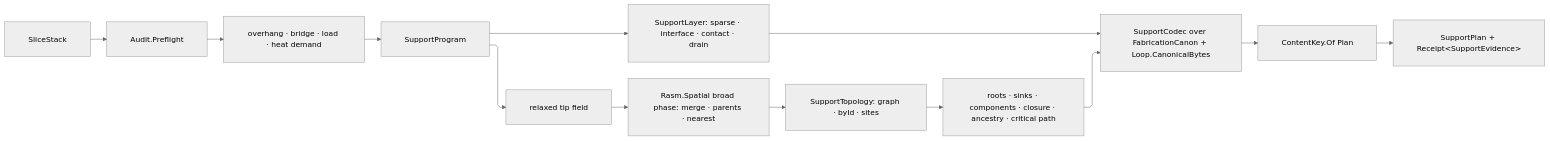
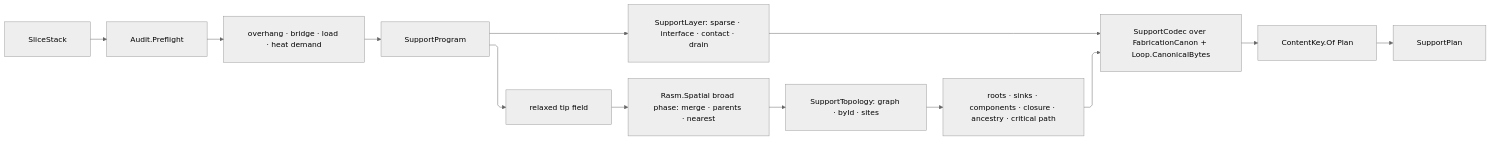
The diagram in libs/dotnet/Rasm.Fabrication/.planning/Additive/support.md (bsamiee/Rasm), drawn with Mermaid (neutral theme) before and after one commit. The commit also changed other lines of this file and 1417 other files, not shown here.

````diff
--- a/libs/dotnet/Rasm.Fabrication/.planning/Additive/support.md
+++ b/libs/dotnet/Rasm.Fabrication/.planning/Additive/support.md
@@ -1262,24 +1258,24 @@
 ```mermaid
 ---
 config:
   layout: elk
   flowchart:
     curve: linear
     padding: 25
 ---
 flowchart LR
     accTitle: Additive support program derivation
     accDescr: A slice stack preflighting into demand, one support program branching into planar layers and tip sites, descent and merge resolving through the kernel spatial broad phase into one published topology, and both legs encoding through one codec into the content-keyed plan.
     Stack["SliceStack"] --> Audit["Audit.Preflight"]
     Audit --> Demand["overhang · bridge · load · heat demand"]
     Demand --> Program["SupportProgram"]
     Program --> Planar["SupportLayer: sparse · interface · contact · drain"]
     Program --> Sites["relaxed tip field"]
     Sites --> Spatial["Rasm.Spatial broad phase: merge · parents · nearest"]
     Spatial --> Topology["SupportTopology: graph · byId · sites"]
     Topology --> Evidence["roots · sinks · components · closure · ancestry · critical path"]
     Planar --> Codec["SupportCodec over FabricationCanon + Loop.CanonicalBytes"]
     Evidence --> Codec
     Codec --> Key["ContentKey.Of Plan"]
-    Key --> Plan["SupportPlan + Receipt&lt;SupportEvidence&gt;"]
+    Key --> Plan["SupportPlan"]
 ```
````
